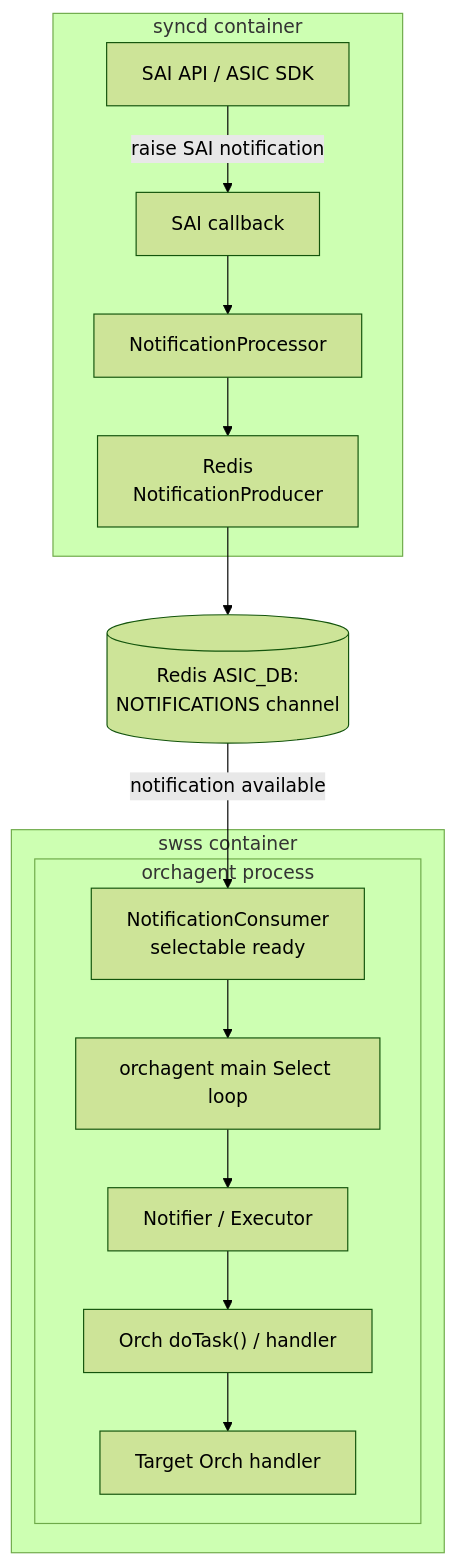
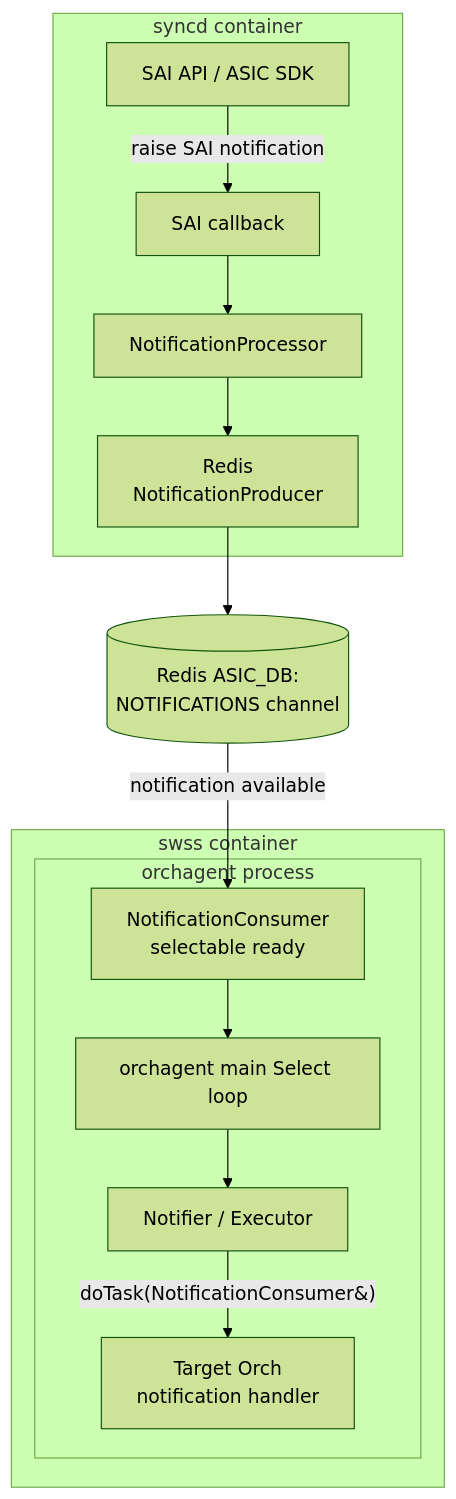
The first of 11 diagrams in hld/zmq-southbound-sai-notification-handling.md (sonic-net/sonic-buildimage), drawn with Mermaid (forest theme) before and after one commit. The commit also changed other lines of this file, not shown here.

First line of the commit message:
Update ZMQ SAI notification Option 3 HLD

````diff
--- a/hld/zmq-southbound-sai-notification-handling.md
+++ b/hld/zmq-southbound-sai-notification-handling.md
@@ -64,31 +64,29 @@
 ```mermaid
 flowchart TD
     subgraph syncdContainer["syncd container"]
         saiApi["SAI API / ASIC SDK"]
         syncdCallback["SAI callback"]
         notificationProcessor["NotificationProcessor"]
         redisProducer["Redis<br/>NotificationProducer"]
     end
 
     redisNotifications[("Redis ASIC_DB:<br/>NOTIFICATIONS channel")]
 
     subgraph swssContainer["swss container"]
         subgraph orchagentProcess["orchagent process"]
             redisConsumerReady["NotificationConsumer<br/>selectable ready"]
             mainLoop["orchagent main Select loop"]
             notifier["Notifier / Executor"]
-            redisDoTask["Orch doTask() / handler"]
-            orchHandler["Target Orch handler"]
+            orchHandler["Target Orch<br/>notification handler"]
         end
     end
 
     saiApi -->|"raise SAI notification"| syncdCallback
     syncdCallback --> notificationProcessor
     notificationProcessor --> redisProducer
     redisProducer --> redisNotifications
     redisNotifications -->|"notification available"| redisConsumerReady
     redisConsumerReady --> mainLoop
     mainLoop --> notifier
-    notifier --> redisDoTask
-    redisDoTask --> orchHandler
+    notifier -->|"doTask(NotificationConsumer&)"| orchHandler
 ```
````
